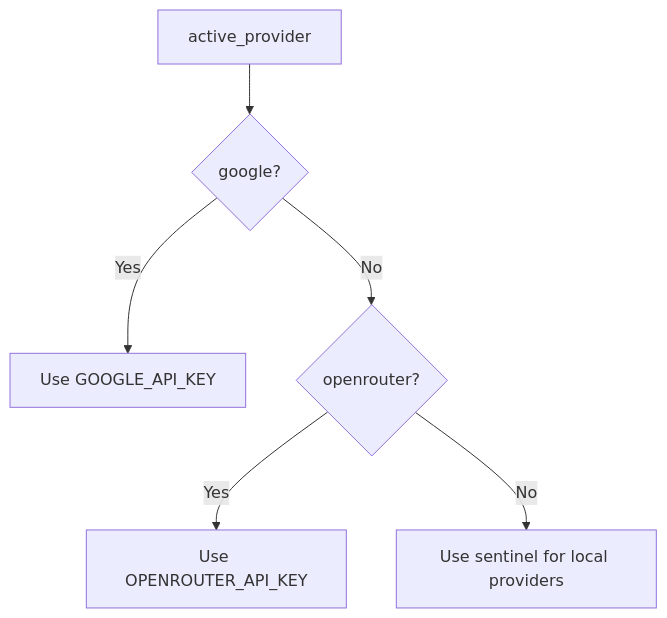
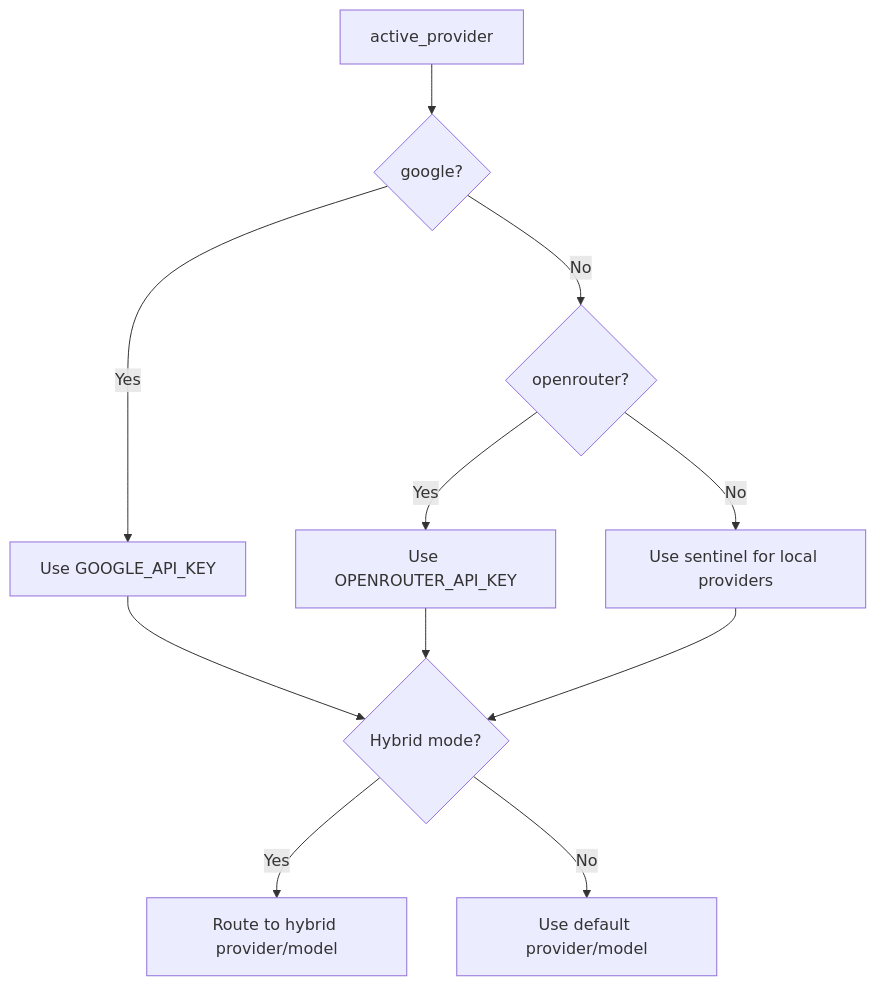
Before and after one commit to Sovetsky-Soyuz/AI-Assistant: the fifth of 8 diagrams in .qoder/repowiki/en/content/Backend Components/Configuration and Settings Management.md, drawn with Mermaid. The commit also changed other lines of this file and 15 other files, not shown here.

````diff
--- a/.qoder/repowiki/en/content/Backend Components/Configuration and Settings Management.md
+++ b/.qoder/repowiki/en/content/Backend Components/Configuration and Settings Management.md
@@ -287,8 +375,13 @@
 ```mermaid
 flowchart TD
 A["active_provider"] --> B{"google?"}
 B --> |Yes| K1["Use GOOGLE_API_KEY"]
 B --> |No| C{"openrouter?"}
 C --> |Yes| K2["Use OPENROUTER_API_KEY"]
 C --> |No| K3["Use sentinel for local providers"]
+K1 --> H{"Hybrid mode?"}
+K2 --> H
+K3 --> H
+H --> |Yes| HC["Route to hybrid provider/model"]
+H --> |No| S["Use default provider/model"]
 ```
````
